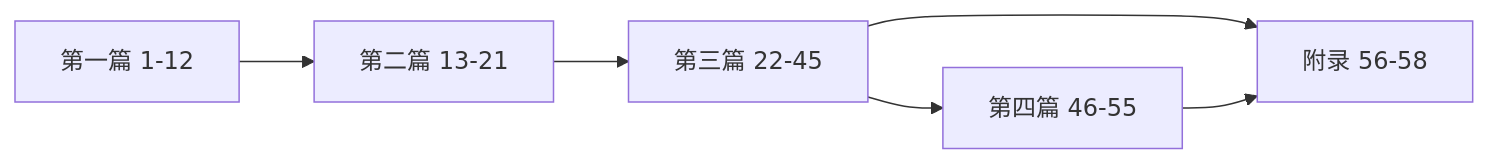
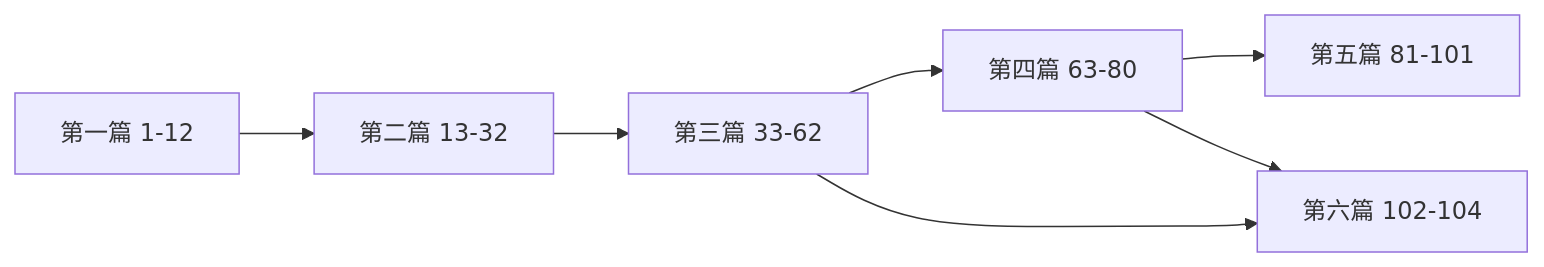
Before and after one commit to yuan21c/learn_arch: the diagram in src/README.md, drawn with Mermaid. The commit also changed other lines of this file and 144 other files, not shown here.

````diff
--- a/src/README.md
+++ b/src/README.md
@@ -46,8 +33,9 @@
 ```mermaid
 flowchart LR
-  A[第一篇 1-12] --> B[第二篇 13-21]
-  B --> C[第三篇 22-45]
-  C --> D[第四篇 46-55]
-  C --> E[附录 56-58]
-  D --> E
+  A[第一篇 1-12] --> B[第二篇 13-32]
+  B --> C[第三篇 33-62]
+  C --> D[第四篇 63-80]
+  D --> E[第五篇 81-101]
+  C --> F[第六篇 102-104]
+  D --> F
 ```
````
